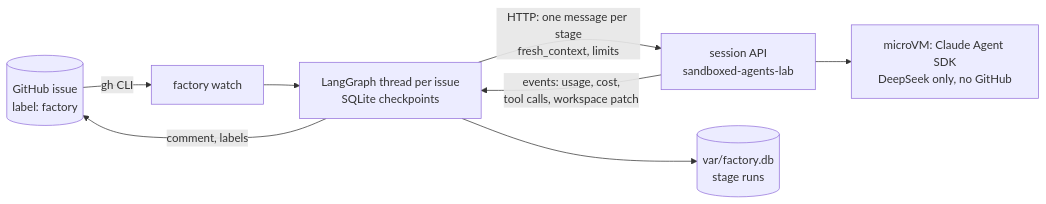
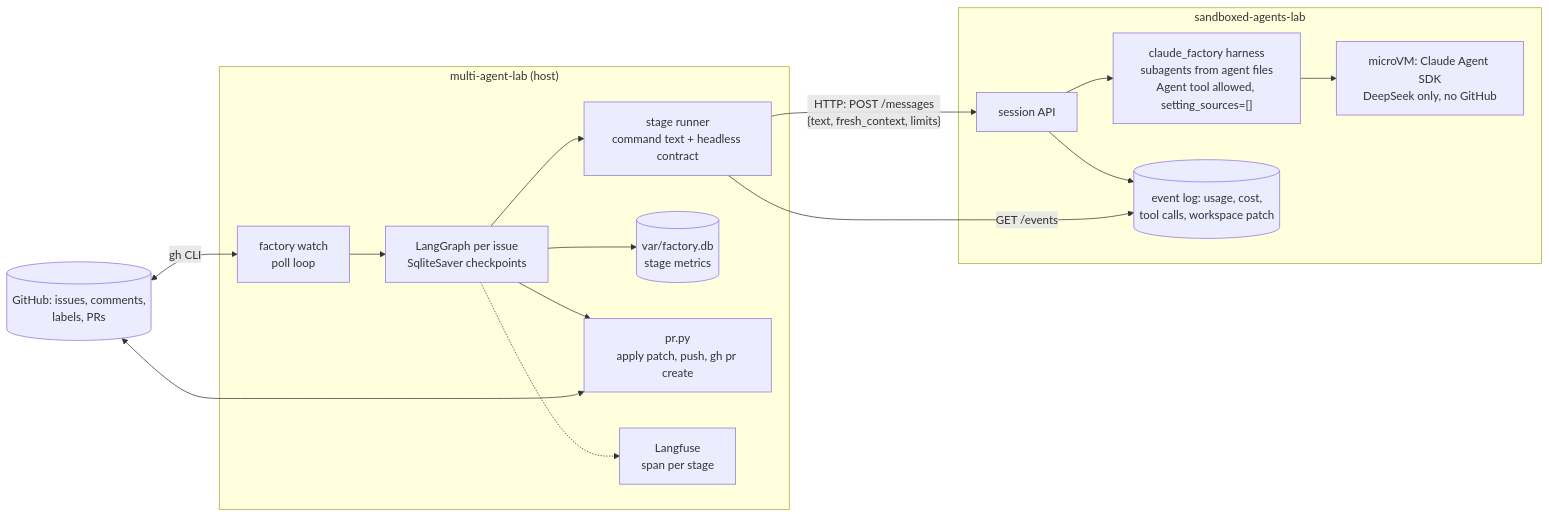
The second of 3 diagrams in README.md (morri5/software-factory), drawn with Mermaid before and after one commit. The commit also changed other lines of this file and 3 other files, not shown here.

Commit message:
docs: explain the factory, its graph and first runs

````diff
--- a/README.md
+++ b/README.md
@@ -7,10 +40,19 @@
 ```mermaid
 flowchart LR
-    GH[(GitHub issue<br/>label: factory)] -->|gh CLI| W[factory watch]
-    W --> G[LangGraph thread per issue<br/>SQLite checkpoints]
-    G -->|"HTTP: one message per stage<br/>fresh_context, limits"| API[session API<br/>sandboxed-agents-lab]
-    API --> VM[microVM: Claude Agent SDK<br/>DeepSeek only, no GitHub]
-    API -->|events: usage, cost,<br/>tool calls, workspace patch| G
-    G --> DB[(var/factory.db<br/>stage runs)]
-    G -->|comment, labels| GH
+    subgraph HOST["multi-agent-lab (host)"]
+        W[factory watch<br/>poll loop] --> G[LangGraph per issue<br/>SqliteSaver checkpoints]
+        G --> ST[stage runner<br/>command text + headless contract]
+        G --> M[(var/factory.db<br/>stage metrics)]
+        G --> PR[pr.py<br/>apply patch, push, gh pr create]
+        G -.-> LF[Langfuse<br/>span per stage]
+    end
+    GH[(GitHub: issues, comments,<br/>labels, PRs)] <-->|gh CLI| W
+    GH <--> PR
+    ST -->|"HTTP: POST /messages<br/>{text, fresh_context, limits}"| API
+    subgraph SAL["sandboxed-agents-lab"]
+        API[session API] --> H["claude_factory harness<br/>subagents from agent files<br/>Agent tool allowed, setting_sources=[]"]
+        H --> VM[microVM: Claude Agent SDK<br/>DeepSeek only, no GitHub]
+        API --> LOG[(event log: usage, cost,<br/>tool calls, workspace patch)]
+    end
+    ST -->|"GET /events"| LOG
 ```
````
